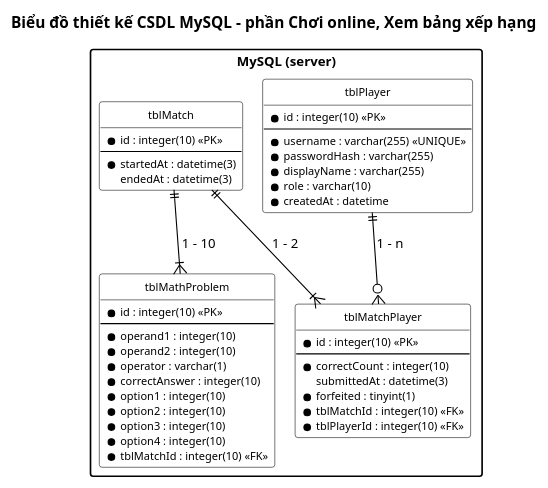
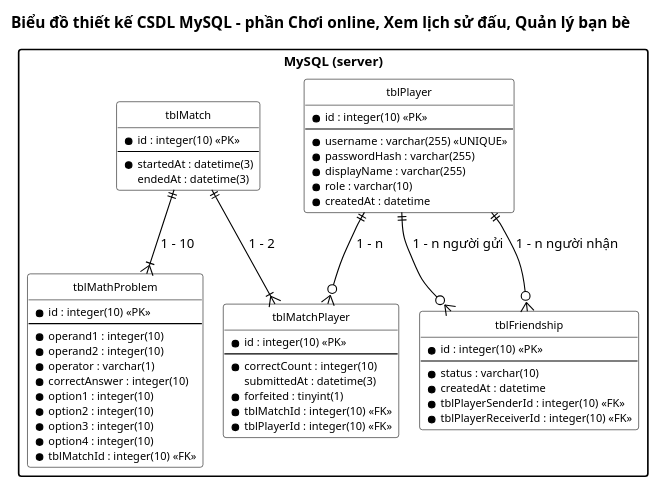
One commit to HungNguyenBa1811/math-dash changed the diagram in docs/hung/csdl-mysql.puml. Above: the diagram before and after it, drawn with PlantUML. The commit also changed 65 other files, not shown here.

First line of the commit message:
docs(M3,M4): tài liệu Hùng bản 6: Chơi online, Xem lịch sử đấu, Quản lý bạn bè

```diff
--- a/docs/hung/csdl-mysql.puml
+++ b/docs/hung/csdl-mysql.puml
@@ -1,63 +1,73 @@
 @startuml csdl-mysql
 !pragma layout smetana
 ' === VP Base Theme v2 ===
 skinparam defaultFontName "Segoe UI"
 skinparam defaultFontSize 12
 skinparam shadowing false
 skinparam arrowColor #000000
 skinparam lineColor #000000
 hide circle
 skinparam class {
   BackgroundColor #FFFFFF
   BorderColor #000000
   FontSize 11
   AttributeFontSize 10
 }
 skinparam packageStyle rectangle
-title Biểu đồ thiết kế CSDL MySQL – phần Chơi online, Xem bảng xếp hạng
+title Biểu đồ thiết kế CSDL MySQL – phần Chơi online, Xem lịch sử đấu, Quản lý bạn bè
 
 package "MySQL (server)" {
   entity "tblPlayer" as SP {
     * id : integer(10) <<PK>>
     --
     * username : varchar(255) <<UNIQUE>>
     * passwordHash : varchar(255)
     * displayName : varchar(255)
     * role : varchar(10)
     * createdAt : datetime
   }
   entity "tblMatch" as SM {
     * id : integer(10) <<PK>>
     --
     * startedAt : datetime(3)
     endedAt : datetime(3)
   }
   entity "tblMathProblem" as SQ {
     * id : integer(10) <<PK>>
     --
     * operand1 : integer(10)
     * operand2 : integer(10)
     * operator : varchar(1)
     * correctAnswer : integer(10)
     * option1 : integer(10)
     * option2 : integer(10)
     * option3 : integer(10)
     * option4 : integer(10)
     * tblMatchId : integer(10) <<FK>>
   }
   entity "tblMatchPlayer" as SMP {
     * id : integer(10) <<PK>>
     --
     * correctCount : integer(10)
     submittedAt : datetime(3)
     * forfeited : tinyint(1)
     * tblMatchId : integer(10) <<FK>>
     * tblPlayerId : integer(10) <<FK>>
   }
+  entity "tblFriendship" as SF {
+    * id : integer(10) <<PK>>
+    --
+    * status : varchar(10)
+    * createdAt : datetime
+    * tblPlayerSenderId : integer(10) <<FK>>
+    * tblPlayerReceiverId : integer(10) <<FK>>
+  }
 }
 
 
 SM ||--|{ SMP : "1 - 2"
 SM ||--|{ SQ : "1 - 10"
 SP ||--o{ SMP : "1 - n"
+SP ||--o{ SF : "1 - n người gửi"
+SP ||--o{ SF : "1 - n người nhận"
 @enduml
```
